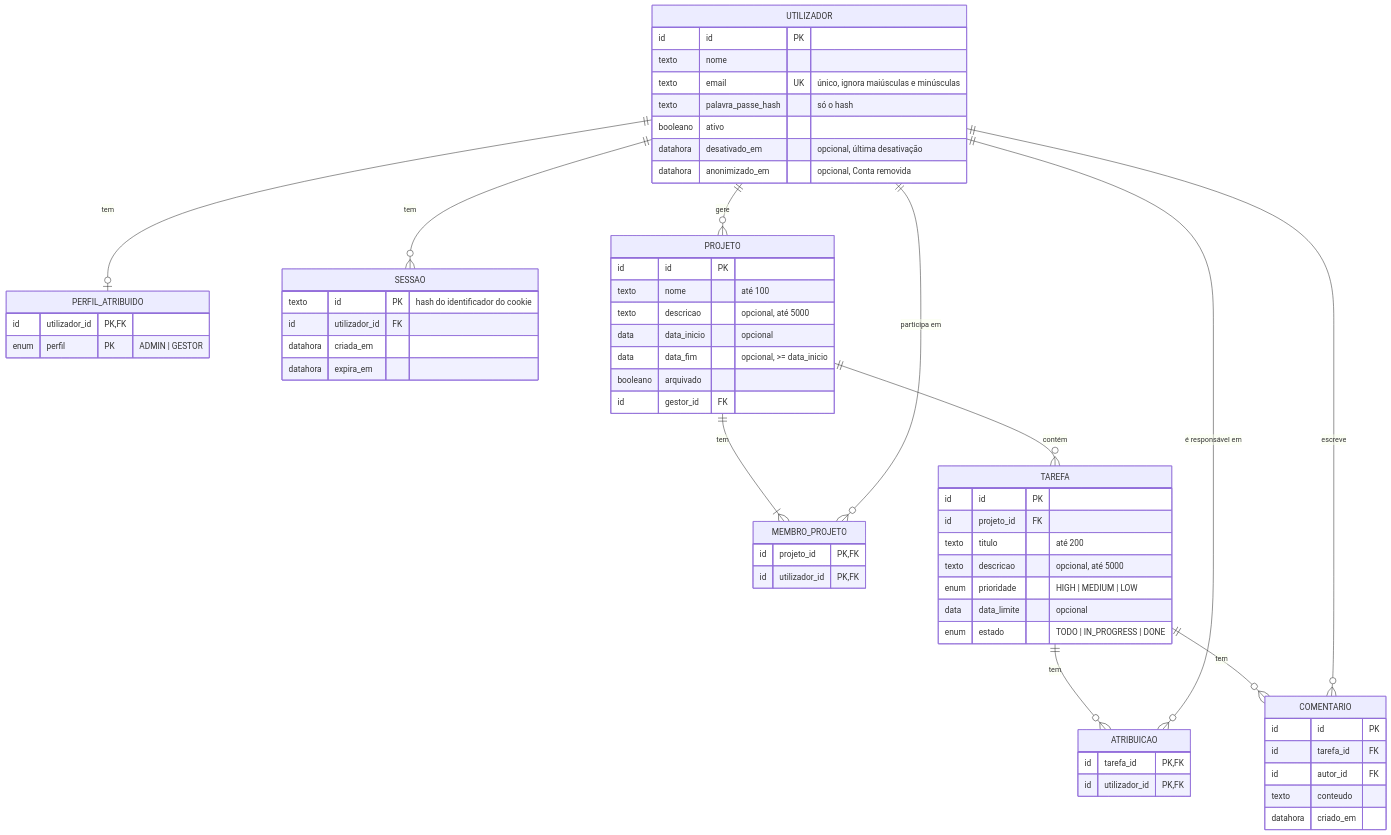
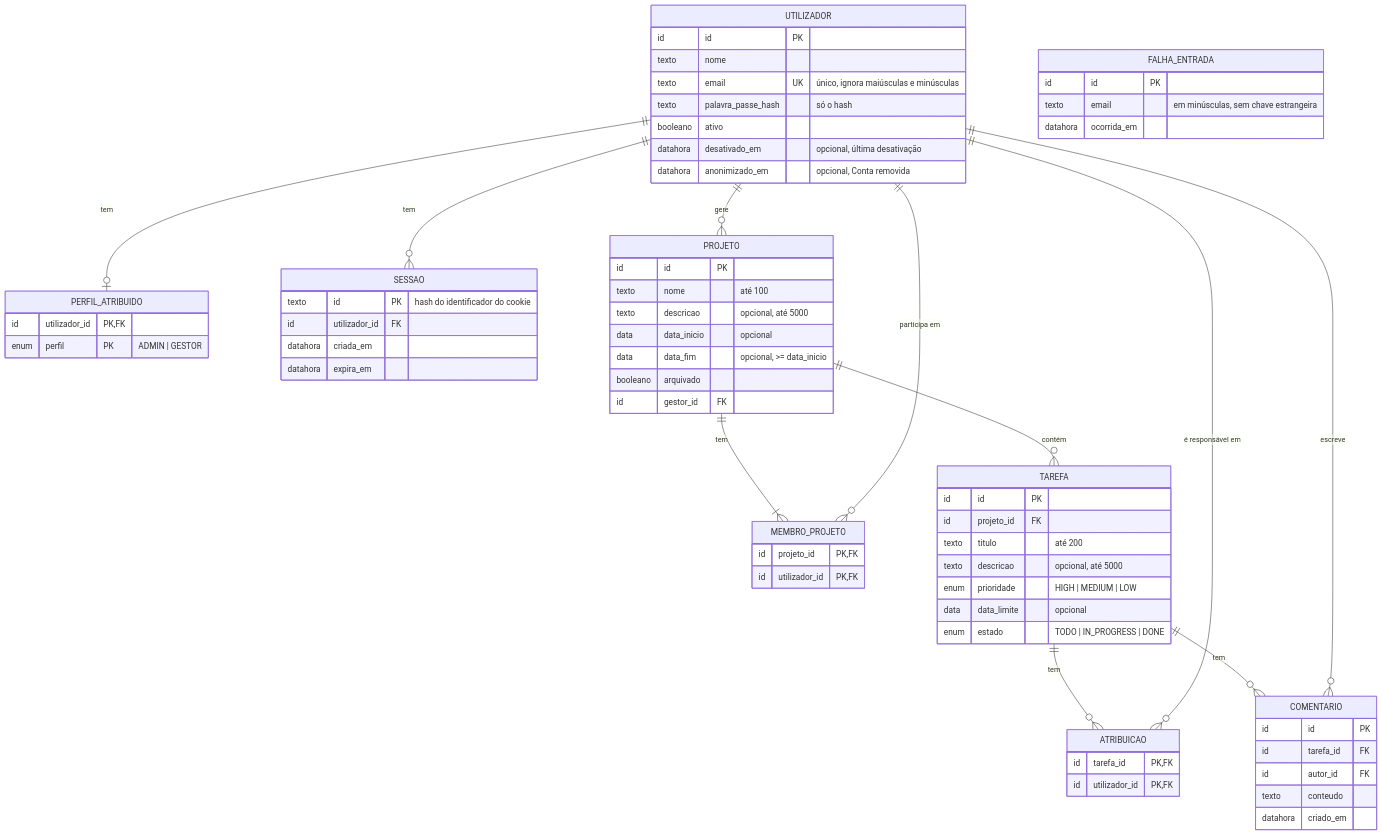
The diagram in docs/database.md (ines-giesteira/matriz), drawn with Mermaid before and after one commit. The commit also changed other lines of this file and 10 other files, not shown here.

````diff
--- a/docs/database.md
+++ b/docs/database.md
@@ -124,66 +126,71 @@
 ```mermaid
 erDiagram
     UTILIZADOR ||--o| PERFIL_ATRIBUIDO : "tem"
     UTILIZADOR ||--o{ SESSAO : "tem"
     UTILIZADOR ||--o{ PROJETO : "gere"
     PROJETO ||--|{ MEMBRO_PROJETO : "tem"
     UTILIZADOR ||--o{ MEMBRO_PROJETO : "participa em"
     PROJETO ||--o{ TAREFA : "contém"
     TAREFA ||--o{ ATRIBUICAO : "tem"
     UTILIZADOR ||--o{ ATRIBUICAO : "é responsável em"
     TAREFA ||--o{ COMENTARIO : "tem"
     UTILIZADOR ||--o{ COMENTARIO : "escreve"
 
     UTILIZADOR {
         id id PK
         texto nome
         texto email UK "único, ignora maiúsculas e minúsculas"
         texto palavra_passe_hash "só o hash"
         booleano ativo
         datahora desativado_em "opcional, última desativação"
         datahora anonimizado_em "opcional, Conta removida"
     }
     PERFIL_ATRIBUIDO {
         id utilizador_id PK, FK
         enum perfil PK "ADMIN | GESTOR"
     }
     SESSAO {
         texto id PK "hash do identificador do cookie"
         id utilizador_id FK
         datahora criada_em
         datahora expira_em
     }
     PROJETO {
         id id PK
         texto nome "até 100"
         texto descricao "opcional, até 5000"
         data data_inicio "opcional"
         data data_fim "opcional, >= data_inicio"
         booleano arquivado
         id gestor_id FK
     }
     MEMBRO_PROJETO {
         id projeto_id PK, FK
         id utilizador_id PK, FK
     }
     TAREFA {
         id id PK
         id projeto_id FK
         texto titulo "até 200"
         texto descricao "opcional, até 5000"
         enum prioridade "HIGH | MEDIUM | LOW"
         data data_limite "opcional"
         enum estado "TODO | IN_PROGRESS | DONE"
     }
     ATRIBUICAO {
         id tarefa_id PK, FK
         id utilizador_id PK, FK
     }
     COMENTARIO {
         id id PK
         id tarefa_id FK
         id autor_id FK
         texto conteudo
         datahora criado_em
     }
+    FALHA_ENTRADA {
+        id id PK
+        texto email "em minúsculas, sem chave estrangeira"
+        datahora ocorrida_em
+    }
 ```
````
